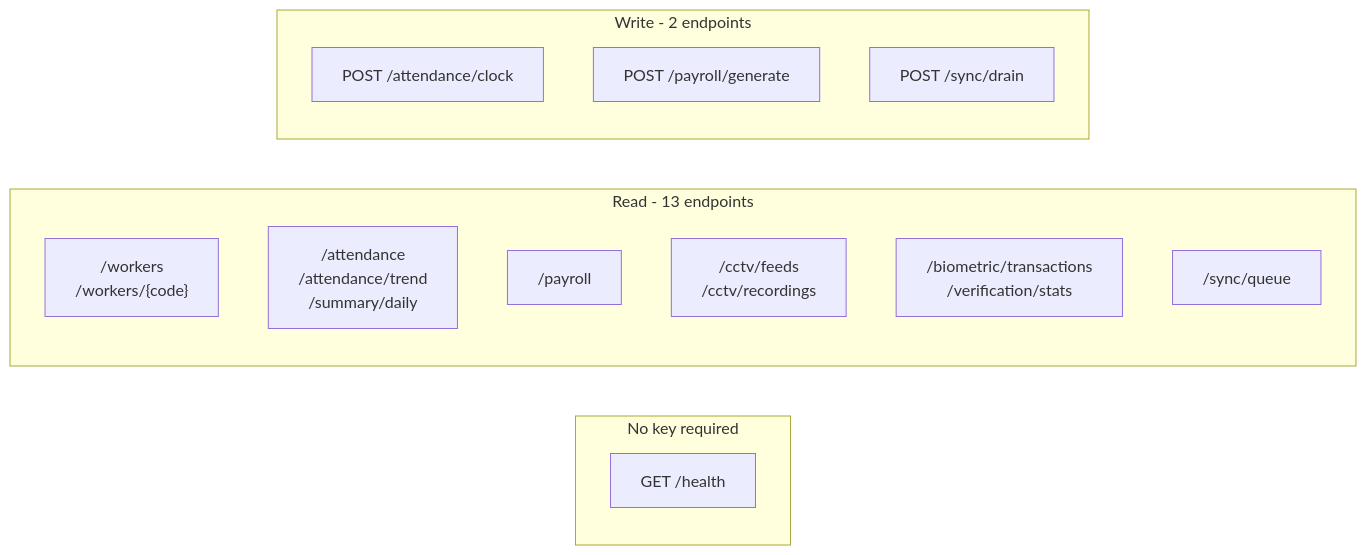
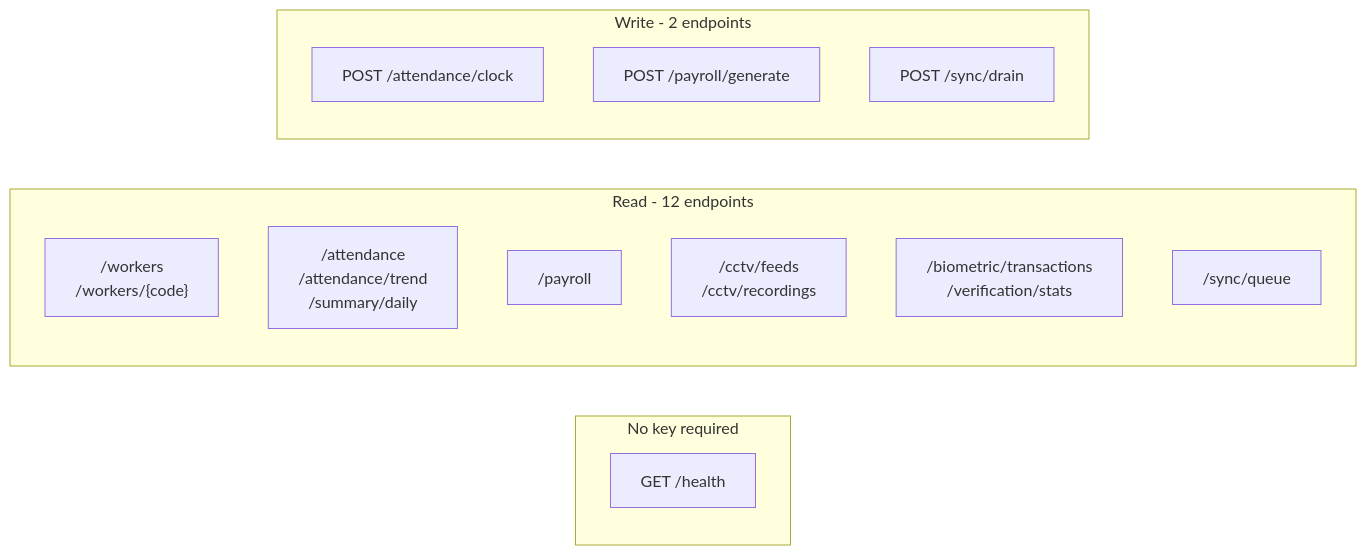
The diagram in wiki/modules/api.md (TBS5596/Farm-Worker-Management-System), drawn with Mermaid before and after one commit. The commit also changed 24 other files, not shown here.

````diff
--- a/wiki/modules/api.md
+++ b/wiki/modules/api.md
@@ -57,19 +57,19 @@
 ```mermaid
 flowchart LR
     subgraph open["No key required"]
         H["GET /health"]
     end
-    subgraph read["Read - 13 endpoints"]
+    subgraph read["Read - 12 endpoints"]
         W["/workers<br/>/workers/{code}"]
         A["/attendance<br/>/attendance/trend<br/>/summary/daily"]
         P["/payroll"]
         C["/cctv/feeds<br/>/cctv/recordings"]
         B["/biometric/transactions<br/>/verification/stats"]
         S["/sync/queue"]
     end
     subgraph write["Write - 2 endpoints"]
         CL["POST /attendance/clock"]
         GEN["POST /payroll/generate"]
         DR["POST /sync/drain"]
     end
 ```
````
